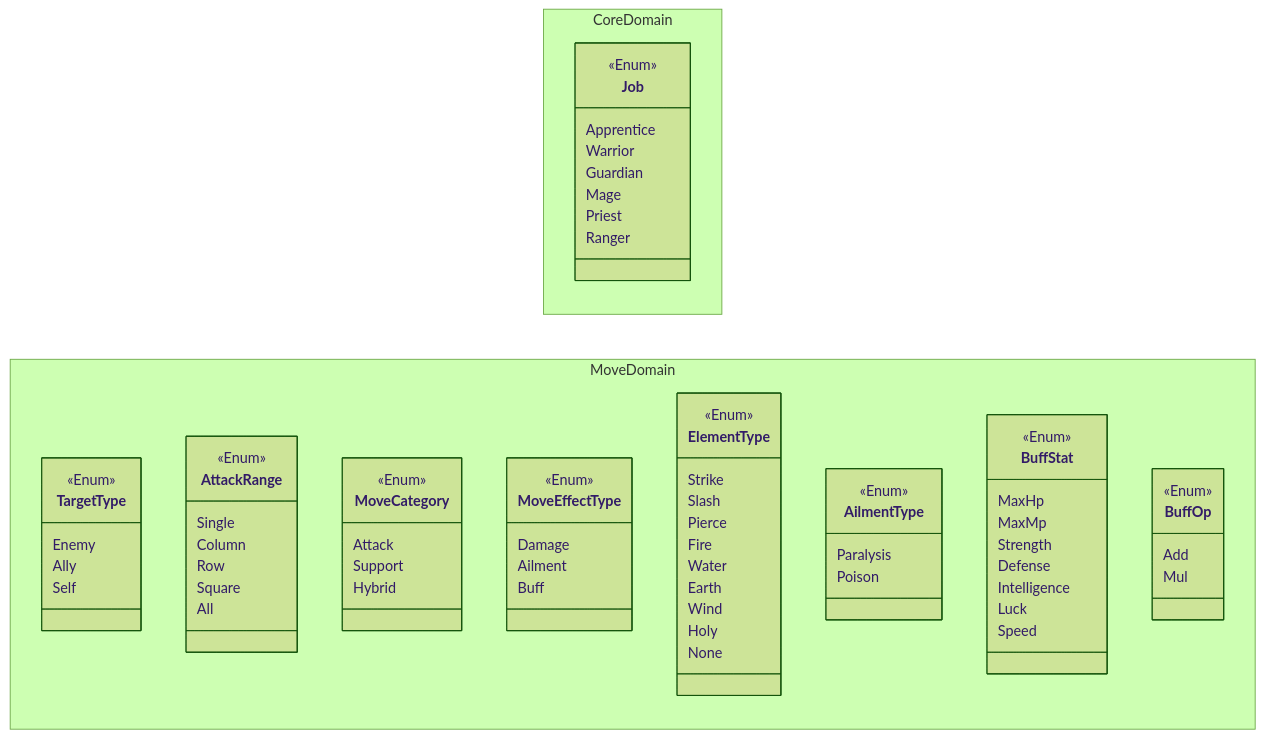
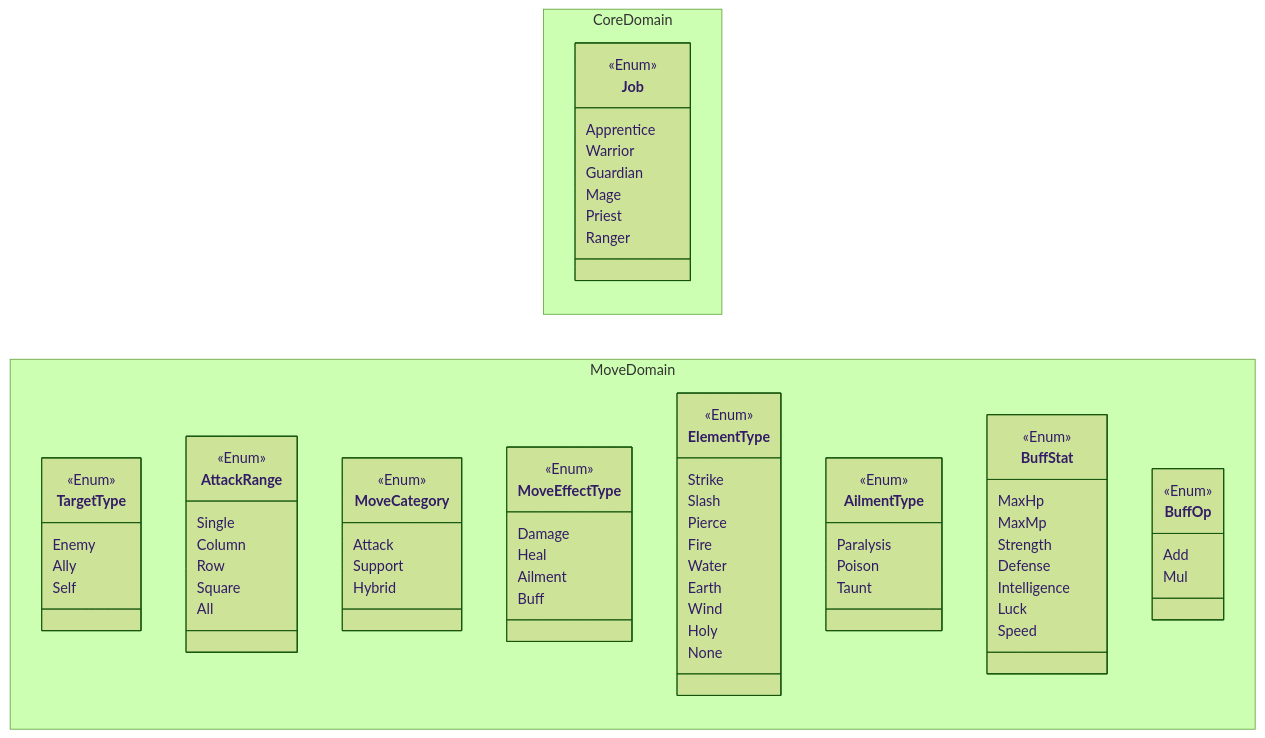
The diagram in docs/MMD03_Enum.mmd (ayumu203/nisekue), drawn with Mermaid (forest theme) before and after one commit. The commit also changed 2 other files, not shown here.

```diff
--- a/docs/MMD03_Enum.mmd
+++ b/docs/MMD03_Enum.mmd
@@ -1,81 +1,83 @@
 classDiagram
     direction LR
     namespace CoreDomain {
         class Job {
             <<Enum>>
             Apprentice
             Warrior
             Guardian
             Mage
             Priest
             Ranger
         }
     }
 
     namespace MoveDomain {
         class TargetType {
             <<Enum>>
             Enemy
             Ally
             Self
         }
 
         class AttackRange {
             <<Enum>>
             Single
             Column
             Row
             Square
             All
         }
 
         class MoveCategory {
             <<Enum>>
             Attack
             Support
             Hybrid
         }
 
         class MoveEffectType {
             <<Enum>>
             Damage
+            Heal
             Ailment
             Buff
         }
 
         class ElementType {
             <<Enum>>
             Strike
             Slash
             Pierce
             Fire
             Water
             Earth
             Wind
             Holy
             None
         }
 
         class AilmentType {
             <<Enum>>
             Paralysis
             Poison
+            Taunt
         }
 
         class BuffStat {
             <<Enum>>
             MaxHp
             MaxMp
             Strength
             Defense
             Intelligence
             Luck
             Speed
         }
 
         class BuffOp {
             <<Enum>>
             Add
             Mul
         }
     }
```
